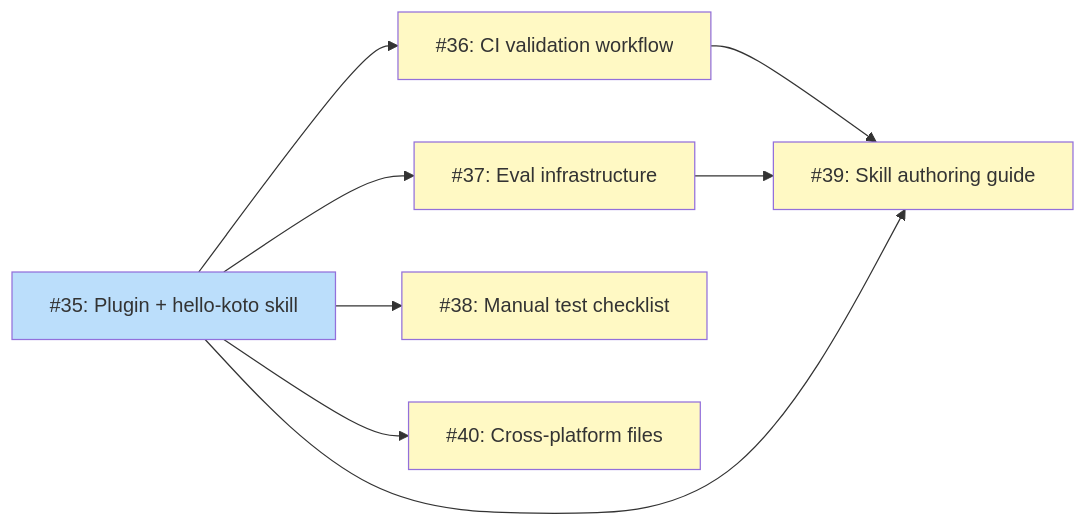
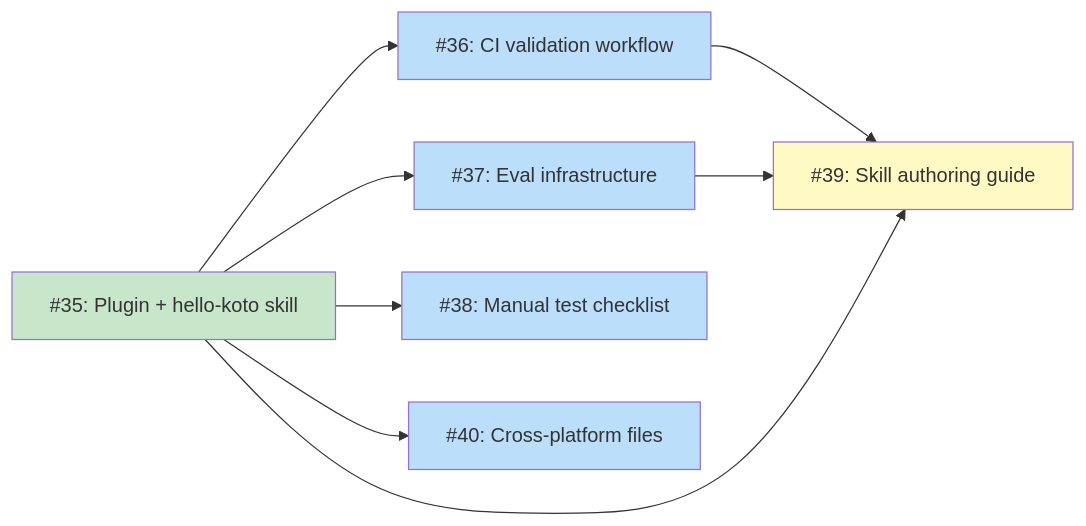
One commit to tsukumogami/koto changed the diagram in docs/designs/DESIGN-koto-agent-integration.md. Above: the diagram before and after it, drawn with Mermaid. The commit also changed other lines of this file and 1 other file, not shown here.

Commit message:
docs: mark #35 as done, update dependency diagram

````diff
--- a/docs/designs/DESIGN-koto-agent-integration.md
+++ b/docs/designs/DESIGN-koto-agent-integration.md
@@ -51,26 +51,27 @@
 ```mermaid
 graph LR
     I35["#35: Plugin + hello-koto skill"]
     I36["#36: CI validation workflow"]
     I37["#37: Eval infrastructure"]
     I38["#38: Manual test checklist"]
     I39["#39: Skill authoring guide"]
     I40["#40: Cross-platform files"]
 
     I35 --> I36
     I35 --> I37
     I35 --> I38
     I35 --> I40
     I36 --> I39
     I37 --> I39
     I35 --> I39
 
     classDef done fill:#c8e6c9
     classDef ready fill:#bbdefb
     classDef blocked fill:#fff9c4
     classDef needsDesign fill:#e1bee7
     classDef tracksDesign fill:#FFE0B2,stroke:#F57C00,color:#000
 
-    class I35 ready
-    class I36,I37,I38,I39,I40 blocked
+    class I35 done
+    class I36,I37,I38,I40 ready
+    class I39 blocked
 ```
````
